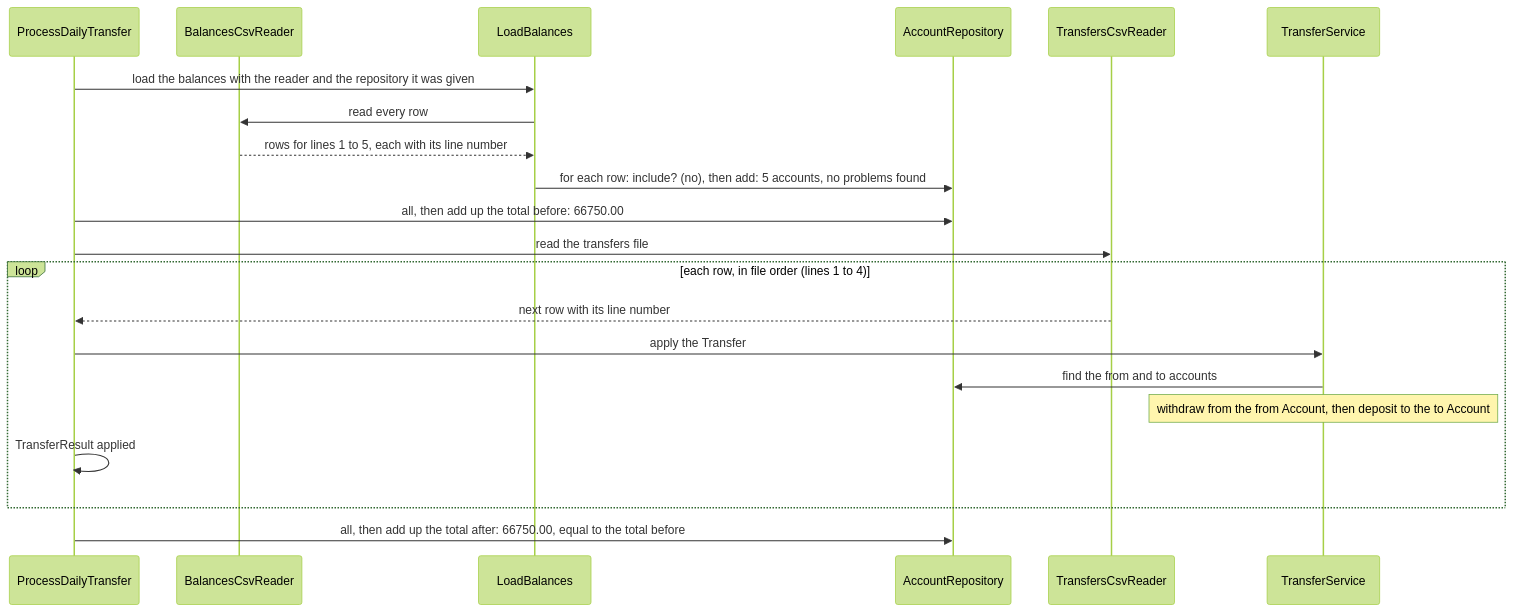
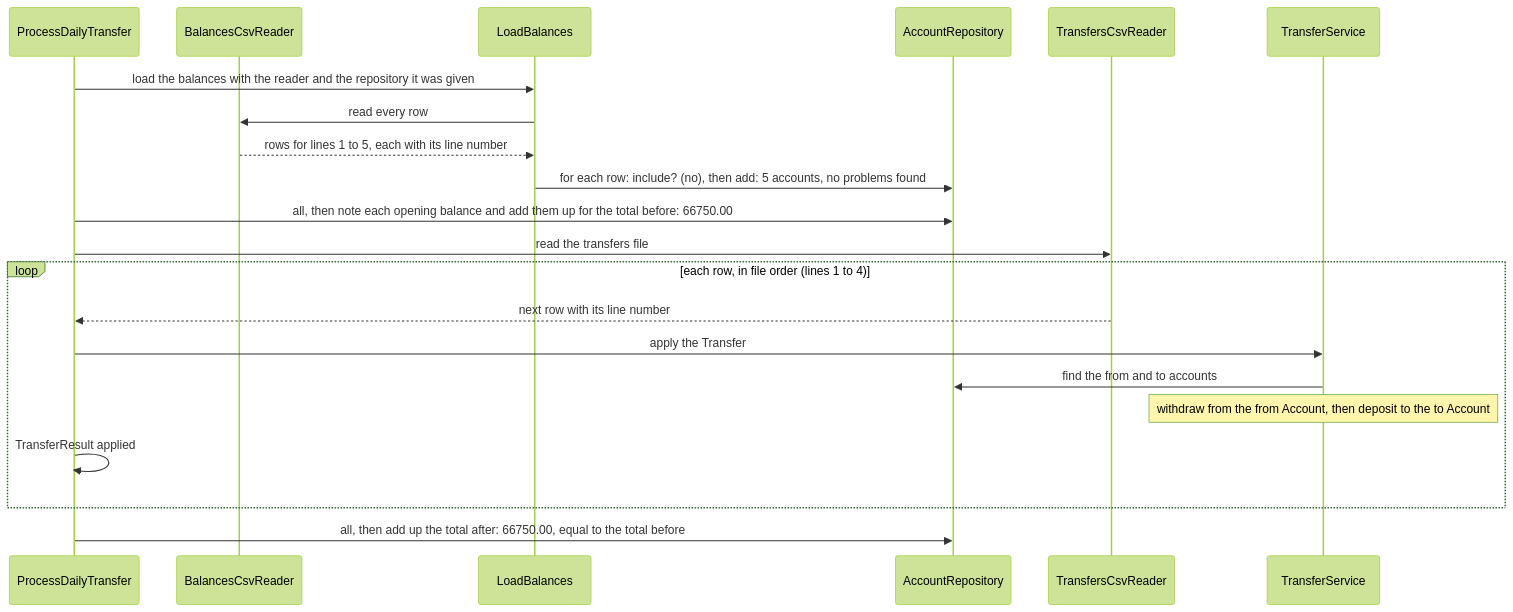
The second of 2 diagrams in docs/solution-design/07-logical-flow/02-sample-files-end-to-end.md (hetal-patel78/mable-backend-code-challenge), drawn with Mermaid (forest theme) before and after one commit. The commit also changed 14 other files, not shown here.

````diff
--- a/docs/solution-design/07-logical-flow/02-sample-files-end-to-end.md
+++ b/docs/solution-design/07-logical-flow/02-sample-files-end-to-end.md
@@ -35,23 +35,23 @@
 ```mermaid
 sequenceDiagram
     participant P as ProcessDailyTransfer
     participant BR as BalancesCsvReader
     participant LB as LoadBalances
     participant Repo as AccountRepository
     participant TR as TransfersCsvReader
     participant TS as TransferService
     P->>LB: load the balances with the reader and the repository it was given
     LB->>BR: read every row
     BR-->>LB: rows for lines 1 to 5, each with its line number
     LB->>Repo: for each row: include? (no), then add: 5 accounts, no problems found
-    P->>Repo: all, then add up the total before: 66750.00
+    P->>Repo: all, then note each opening balance and add them up for the total before: 66750.00
     P->>TR: read the transfers file
     loop each row, in file order (lines 1 to 4)
         TR-->>P: next row with its line number
         P->>TS: apply the Transfer
         TS->>Repo: find the from and to accounts
         Note over TS: withdraw from the from Account, then deposit to the to Account
         P->>P: TransferResult applied
     end
     P->>Repo: all, then add up the total after: 66750.00, equal to the total before
 ```
````
